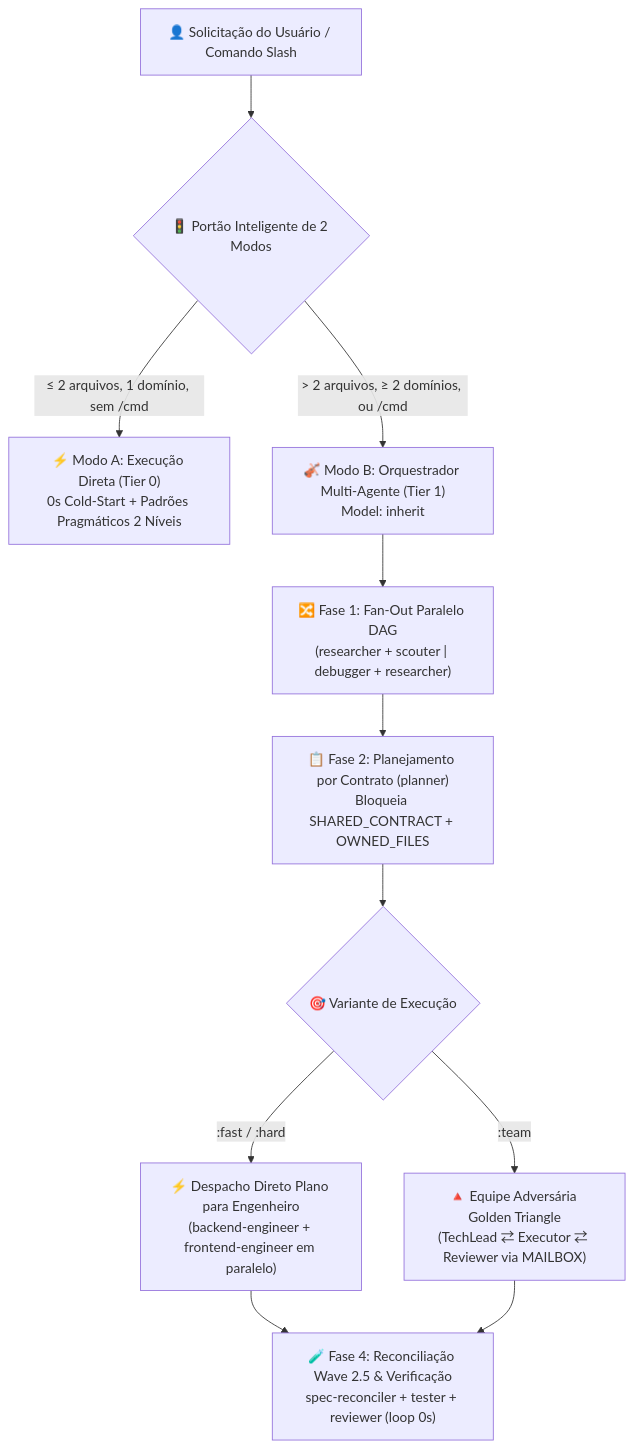
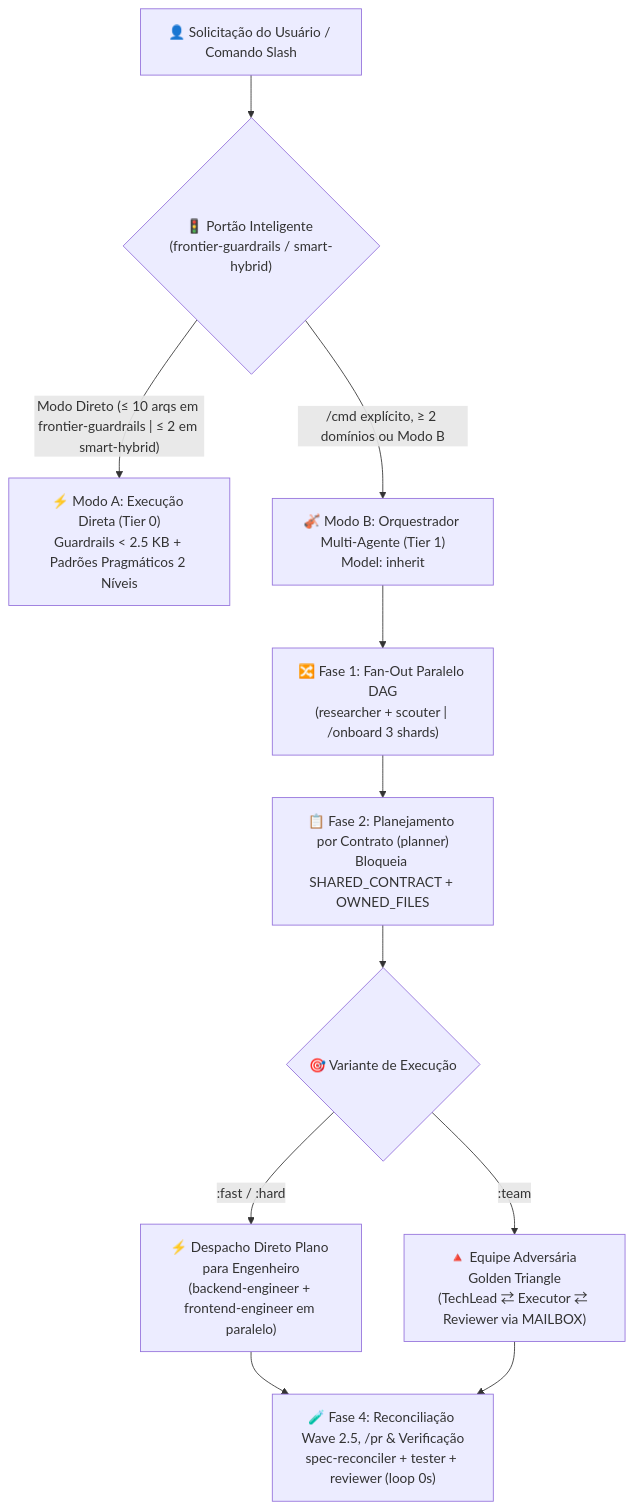
The diagram in i18n/README.pt-BR.md (Kennyboom/BoomOpen-Workflow-Kit-Pro), drawn with Mermaid before and after one commit. The commit also changed other lines of this file and 99 other files, not shown here.

````diff
--- a/i18n/README.pt-BR.md
+++ b/i18n/README.pt-BR.md
@@ -49,16 +59,16 @@
 ```mermaid
 flowchart TD
-    User["👤 Solicitação do Usuário / Comando Slash"] --> Gate{"🚦 Portão Inteligente de 2 Modos"}
-    Gate -->|"≤ 2 arquivos, 1 domínio, sem /cmd"| ModeA["⚡ Modo A: Execução Direta (Tier 0)<br/>0s Cold-Start + Padrões Pragmáticos 2 Níveis"]
-    Gate -->|"> 2 arquivos, ≥ 2 domínios, ou /cmd"| ModeB["🎻 Modo B: Orquestrador Multi-Agente (Tier 1)<br/>Model: inherit"]
+    User["👤 Solicitação do Usuário / Comando Slash"] --> Gate{"🚦 Portão Inteligente (frontier-guardrails / smart-hybrid)"}
+    Gate -->|"Modo Direto (≤ 10 arqs em frontier-guardrails | ≤ 2 em smart-hybrid)"| ModeA["⚡ Modo A: Execução Direta (Tier 0)<br/>Guardrails < 2.5 KB + Padrões Pragmáticos 2 Níveis"]
+    Gate -->|"/cmd explícito, ≥ 2 domínios ou Modo B"| ModeB["🎻 Modo B: Orquestrador Multi-Agente (Tier 1)<br/>Model: inherit"]
 
-    ModeB --> FanOut["🔀 Fase 1: Fan-Out Paralelo DAG<br/>(researcher + scouter | debugger + researcher)"]
+    ModeB --> FanOut["🔀 Fase 1: Fan-Out Paralelo DAG<br/>(researcher + scouter | /onboard 3 shards)"]
     FanOut --> Plan["📋 Fase 2: Planejamento por Contrato (planner)<br/>Bloqueia SHARED_CONTRACT + OWNED_FILES"]
     Plan --> Dispatch{"🎯 Variante de Execução"}
 
     Dispatch -->|":fast / :hard"| Direct["⚡ Despacho Direto Plano para Engenheiro<br/>(backend-engineer + frontend-engineer em paralelo)"]
     Dispatch -->|":team"| Triangle["🔺 Equipe Adversária Golden Triangle<br/>(TechLead ⇄ Executor ⇄ Reviewer via MAILBOX)"]
 
-    Direct --> Verify["🧪 Fase 4: Reconciliação Wave 2.5 & Verificação<br/>spec-reconciler + tester + reviewer (loop 0s)"]
+    Direct --> Verify["🧪 Fase 4: Reconciliação Wave 2.5, /pr & Verificação<br/>spec-reconciler + tester + reviewer (loop 0s)"]
     Triangle --> Verify
 ```
````
